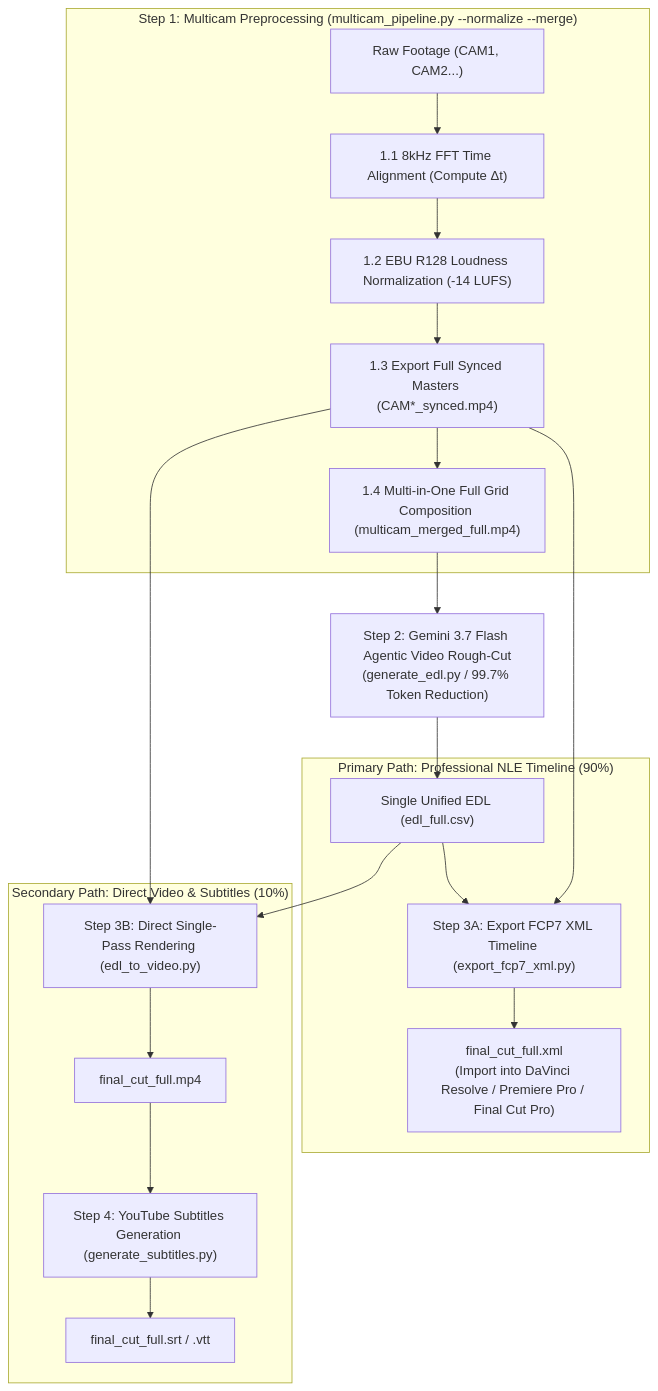
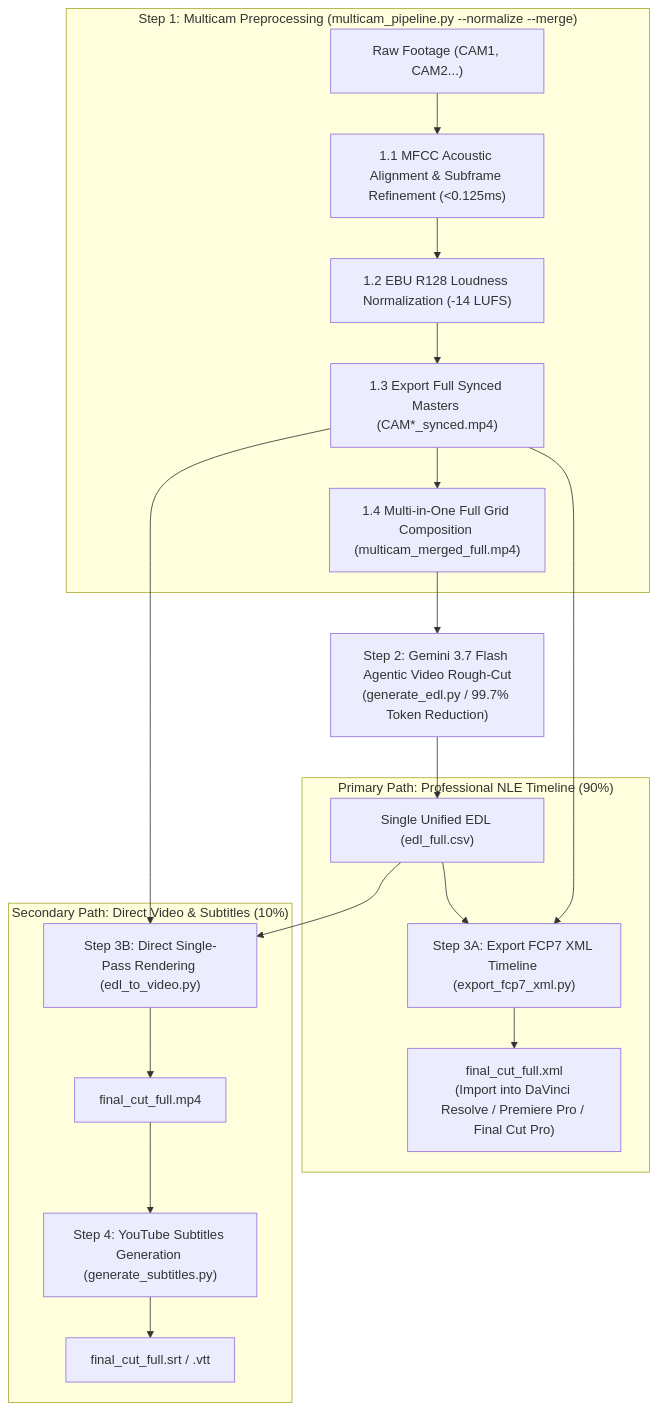
Before and after one commit to sylphlin/multicam-video-preprocessing: the diagram in README.md, drawn with Mermaid. The commit also changed other lines of this file and 5 other files, not shown here.

Commit message:
feat(audio_sync): Implement pure numpy MFCC audio sync with subframe refinement and fix sample-dur truncation

````diff
--- a/README.md
+++ b/README.md
@@ -55,26 +55,26 @@
 ```mermaid
 flowchart TD
     subgraph S1["Step 1: Multicam Preprocessing (multicam_pipeline.py --normalize --merge)"]
-        A["Raw Footage (CAM1, CAM2...)"] --> S1_1["1.1 8kHz FFT Time Alignment (Compute Δt)"]
+        A["Raw Footage (CAM1, CAM2...)"] --> S1_1["1.1 MFCC Acoustic Alignment & Subframe Refinement (<0.125ms)"]
         S1_1 --> S1_2["1.2 EBU R128 Loudness Normalization (-14 LUFS)"]
         S1_2 --> S1_3["1.3 Export Full Synced Masters (CAM*_synced.mp4)"]
         S1_3 --> S1_4["1.4 Multi-in-One Full Grid Composition (multicam_merged_full.mp4)"]
     end
 
     S1_4 --> S2["Step 2: Gemini 3.7 Flash Agentic Video Rough-Cut<br/>(generate_edl.py / 99.7% Token Reduction)"]
     S2 --> EDL["Single Unified EDL (edl_full.csv)"]
 
     subgraph S3A["Primary Path: Professional NLE Timeline (90%)"]
         S1_3 --> S3A_ACT["Step 3A: Export FCP7 XML Timeline (export_fcp7_xml.py)"]
         EDL --> S3A_ACT
         S3A_ACT --> XML["final_cut_full.xml<br/>(Import into DaVinci Resolve / Premiere Pro / Final Cut Pro)"]
     end
 
     subgraph S3B["Secondary Path: Direct Video & Subtitles (10%)"]
         S1_3 --> S3B_ACT["Step 3B: Direct Single-Pass Rendering (edl_to_video.py)"]
         EDL --> S3B_ACT
         S3B_ACT --> MP4["final_cut_full.mp4"]
         MP4 --> S4["Step 4: YouTube Subtitles Generation (generate_subtitles.py)"]
         S4 --> SRT["final_cut_full.srt / .vtt"]
     end
 ```
````
